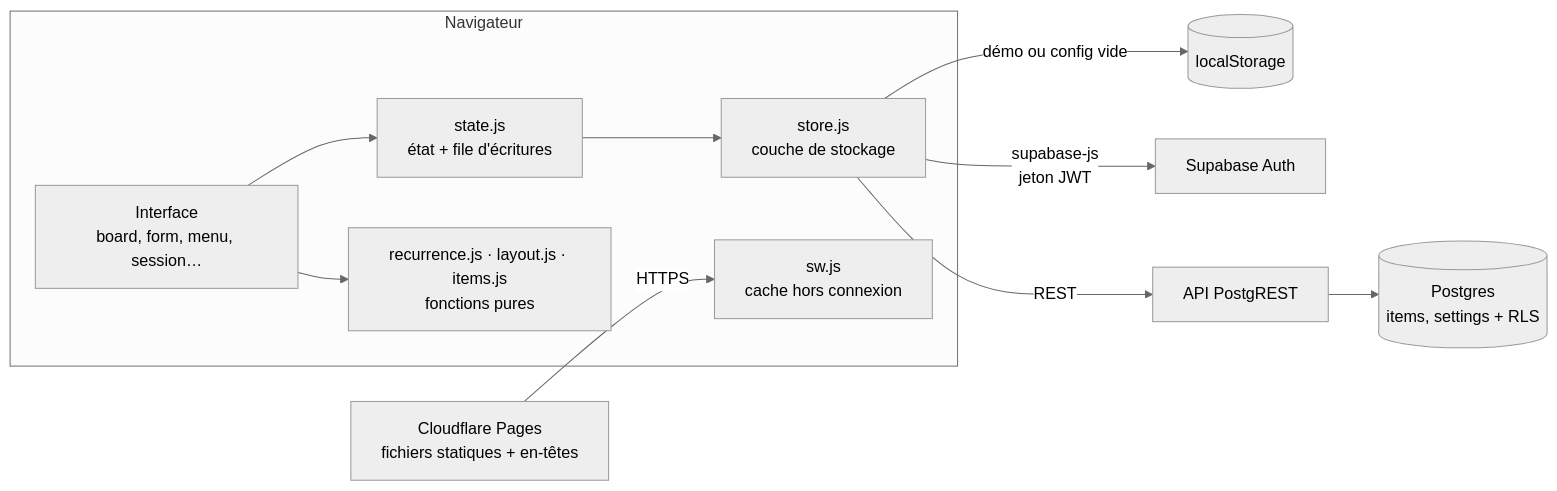
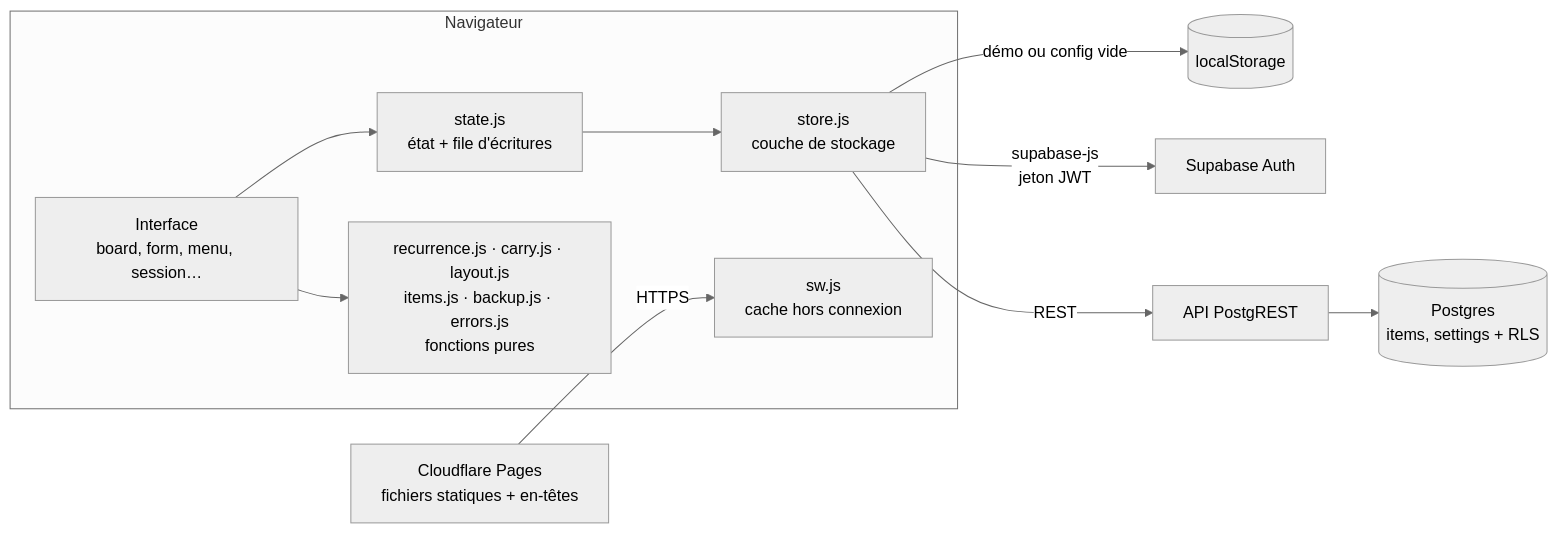
The diagram in README.md (CadGeff/Planning), drawn with Mermaid (neutral theme) before and after one commit. The commit also changed other lines of this file and 3 other files, not shown here.

````diff
--- a/README.md
+++ b/README.md
@@ -57,14 +57,14 @@
 ```mermaid
 flowchart LR
     subgraph Navigateur
         UI["Interface<br/>board, form, menu, session…"] --> ST["state.js<br/>état + file d'écritures"]
-        UI --> REC["recurrence.js · layout.js · items.js<br/>fonctions pures"]
+        UI --> REC["recurrence.js · carry.js · layout.js<br/>items.js · backup.js · errors.js<br/>fonctions pures"]
         ST --> STO["store.js<br/>couche de stockage"]
         SW["sw.js<br/>cache hors connexion"]
     end
     CF["Cloudflare Pages<br/>fichiers statiques + en-têtes"] -->|HTTPS| SW
     STO -->|"démo ou config vide"| LS[("localStorage")]
     STO -->|"supabase-js<br/>jeton JWT"| AUTH["Supabase Auth"]
     STO -->|REST| API["API PostgREST"]
     API --> PG[("Postgres<br/>items, settings + RLS")]
 ```
````
